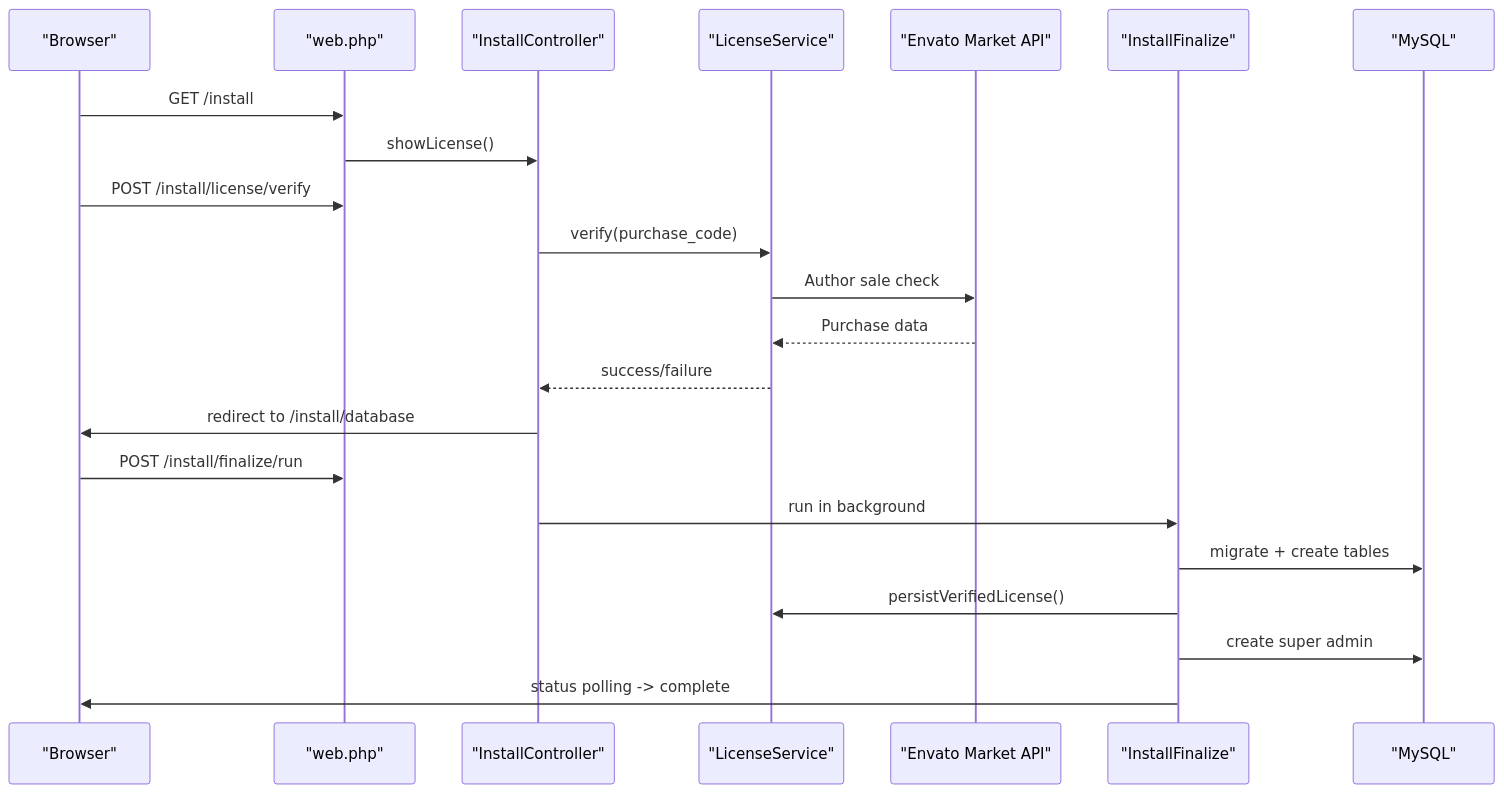
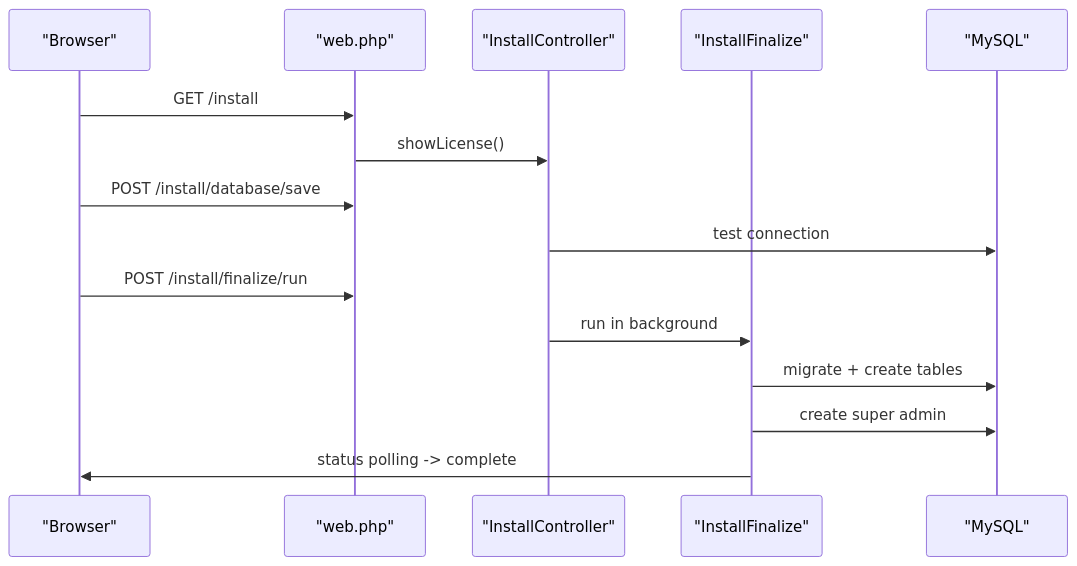
One commit to mahbub095/bus-app changed the second of 4 diagrams in .qoder/repowiki/en/content/Getting Started.md. Above: the diagram before and after it, drawn with Mermaid. The commit also changed other lines of this file and 165 other files, not shown here.

````diff
--- a/.qoder/repowiki/en/content/Getting Started.md
+++ b/.qoder/repowiki/en/content/Getting Started.md
@@ -98,24 +94,17 @@
 ```mermaid
 sequenceDiagram
 participant Browser as "Browser"
 participant WebRoutes as "web.php"
 participant InstallCtrl as "InstallController"
-participant LicenseSvc as "LicenseService"
-participant EnvatoAPI as "Envato Market API"
 participant FinalizeCmd as "InstallFinalize"
 participant DB as "MySQL"
 Browser->>WebRoutes : GET /install
 WebRoutes->>InstallCtrl : showLicense()
-Browser->>WebRoutes : POST /install/license/verify
-InstallCtrl->>LicenseSvc : verify(purchase_code)
-LicenseSvc->>EnvatoAPI : Author sale check
-EnvatoAPI-->>LicenseSvc : Purchase data
-LicenseSvc-->>InstallCtrl : success/failure
-InstallCtrl->>Browser : redirect to /install/database
+Browser->>WebRoutes : POST /install/database/save
+InstallCtrl->>DB : test connection
 Browser->>WebRoutes : POST /install/finalize/run
 InstallCtrl->>FinalizeCmd : run in background
 FinalizeCmd->>DB : migrate + create tables
-FinalizeCmd->>LicenseSvc : persistVerifiedLicense()
 FinalizeCmd->>DB : create super admin
 FinalizeCmd->>Browser : status polling -> complete
 ```
````
